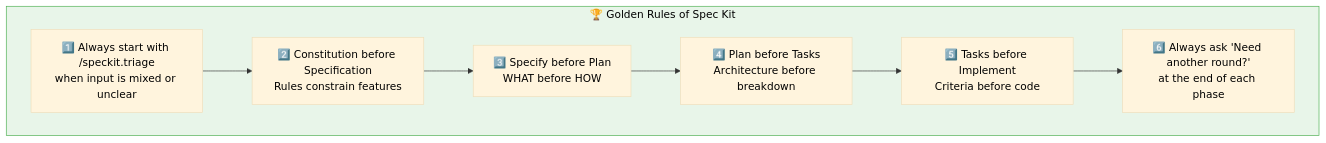
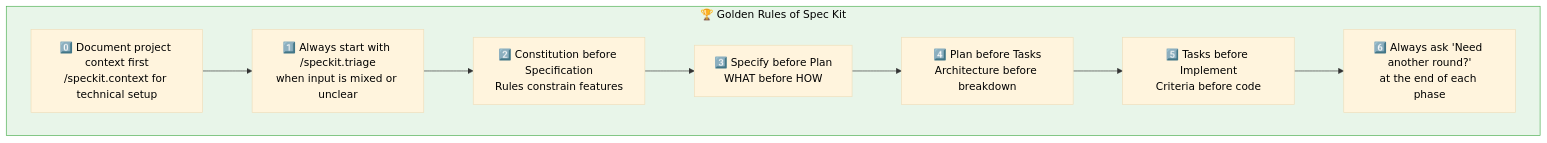
The first of 11 diagrams in .specify/docs/best-practices.md (Trindade11/Teste), drawn with Mermaid before and after one commit. The commit also changed other lines of this file and 25 other files, not shown here.

````diff
--- a/.specify/docs/best-practices.md
+++ b/.specify/docs/best-practices.md
@@ -7,16 +7,17 @@
 ```mermaid
 %%{init: {'theme': 'base', 'themeVariables': { 'primaryTextColor': '#000', 'secondaryTextColor': '#000', 'tertiaryTextColor': '#000', 'lineColor': '#333'}}}%%
 flowchart TB
     subgraph Rules["🏆 Golden Rules of Spec Kit"]
+        R0["0️⃣ Document project context first<br/>/speckit.context for technical setup"]
         R1["1️⃣ Always start with /speckit.triage<br/>when input is mixed or unclear"]
         R2["2️⃣ Constitution before Specification<br/>Rules constrain features"]
         R3["3️⃣ Specify before Plan<br/>WHAT before HOW"]
         R4["4️⃣ Plan before Tasks<br/>Architecture before breakdown"]
         R5["5️⃣ Tasks before Implement<br/>Criteria before code"]
         R6["6️⃣ Always ask 'Need another round?'<br/>at the end of each phase"]
     end
     
-    R1 --> R2 --> R3 --> R4 --> R5 --> R6
+    R0 --> R1 --> R2 --> R3 --> R4 --> R5 --> R6
     
     style Rules fill:#e8f5e9,stroke:#4caf50,color:#000
 ```
````
